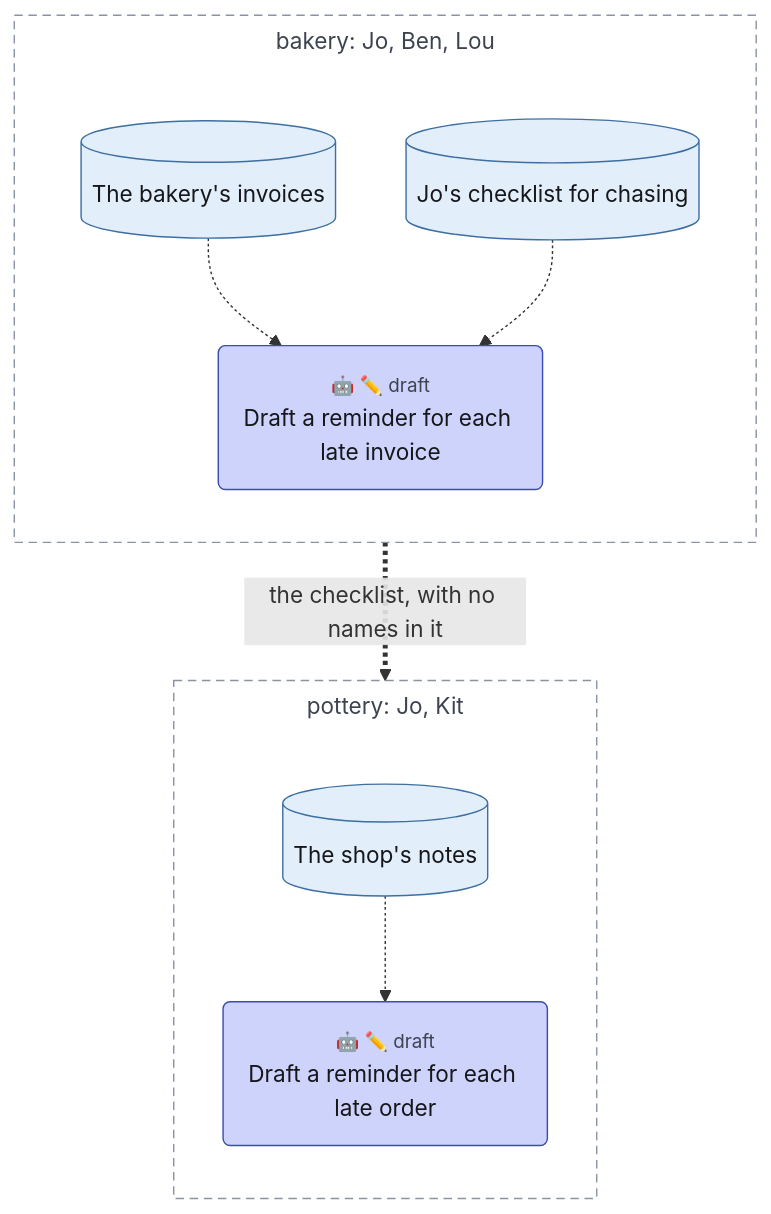
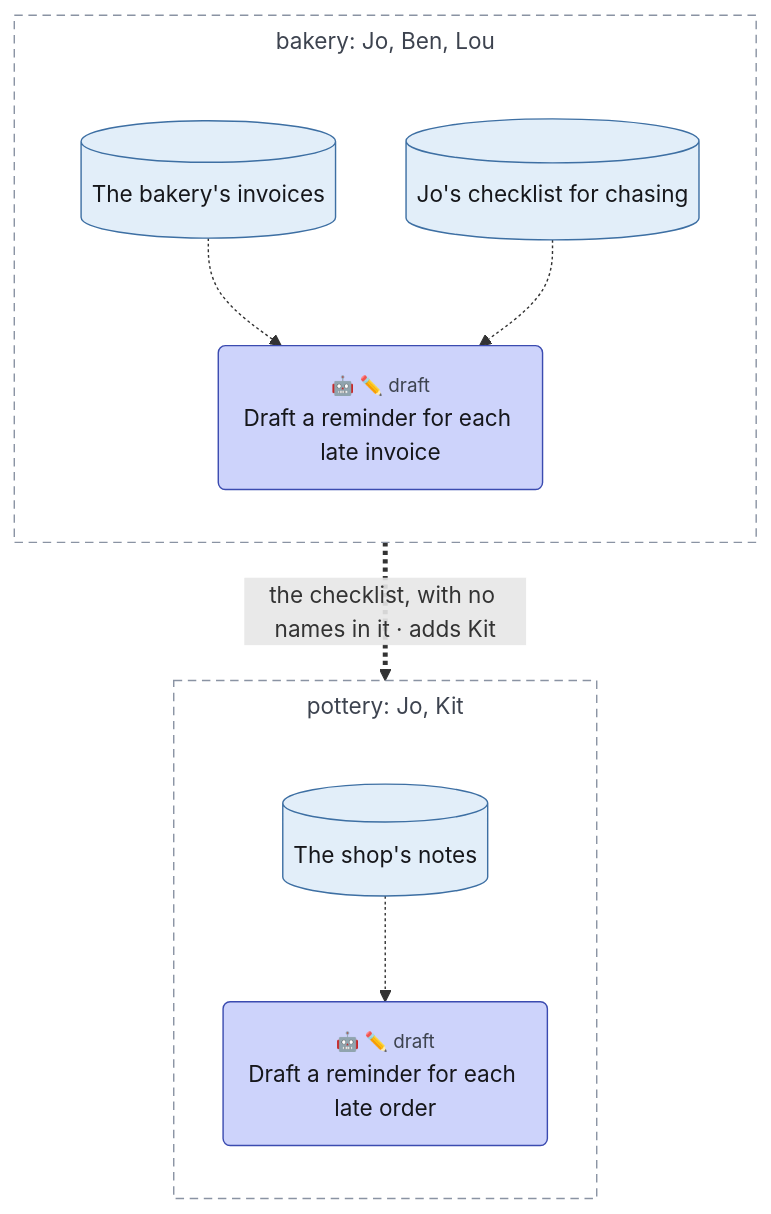
The diagram in examples/tour/05-side-by-side.mmd (chrismdp/awml), drawn with Mermaid before and after one commit. The commit also changed 50 other files, not shown here.

```diff
--- a/examples/tour/05-side-by-side.mmd
+++ b/examples/tour/05-side-by-side.mmd
@@ -1,42 +1,42 @@
 ---
 config:
   theme: default
   fontFamily: Inter, sans-serif
   flowchart:
     useMaxWidth: false
     subGraphTitleMargin:
       top: 6
       bottom: 30
 ---
 flowchart TB
   subgraph bakery["bakery#58; Jo#44; Ben#44; Lou"]
     direction TB
     invoices[("The bakery#39;s invoices")]
     checklist[("Jo#39;s checklist for chasing")]
     chase("<small style='color:rgb(61,67,79)'>🤖 ✏️ draft</small><br>Draft a reminder for each late invoice")
   end
   subgraph pottery["pottery#58; Jo#44; Kit"]
     direction TB
     shop_notes[("The shop#39;s notes")]
     remind("<small style='color:rgb(61,67,79)'>🤖 ✏️ draft</small><br>Draft a reminder for each late order")
   end
 
   invoices -.-> chase
   checklist -.-> chase
-  checklist ==>|"the checklist#44; with no names in it"| shop_notes
+  checklist ==>|"the checklist#44; with no names in it · adds Kit"| shop_notes
   shop_notes -.-> remind
   classDef trig fill:#fbe1ee,stroke:#a33a74,color:#16171b
   classDef ctx fill:#e2eef9,stroke:#3d6fa3,color:#16171b
   classDef con fill:#eceef2,stroke:#5d6472,color:#16171b
   classDef surf fill:#ffffff,stroke:#2a2d35,stroke-width:1.5px,color:#16171b
   classDef out fill:#fde4dc,stroke:#b5532f,color:#16171b
   classDef ai fill:#cdd3fb,stroke:#3b4bb0,color:#16171b
   classDef code fill:#c4e3d1,stroke:#2b7a4f,color:#16171b
   classDef person fill:#f7d79a,stroke:#9a6100,color:#16171b
   classDef uml fill:#16171b,stroke:#16171b,color:#16171b
   classDef gap fill:#ffffff,stroke:#8a93a3,stroke-dasharray:4 3,color:#6b7280
   class invoices,checklist,shop_notes ctx
   class chase,remind ai
   style bakery fill:transparent,stroke:#8a93a3,stroke-dasharray:6 4,color:#3d434f
   style pottery fill:transparent,stroke:#8a93a3,stroke-dasharray:6 4,color:#3d434f
   linkStyle 2 stroke-dasharray:3
```
